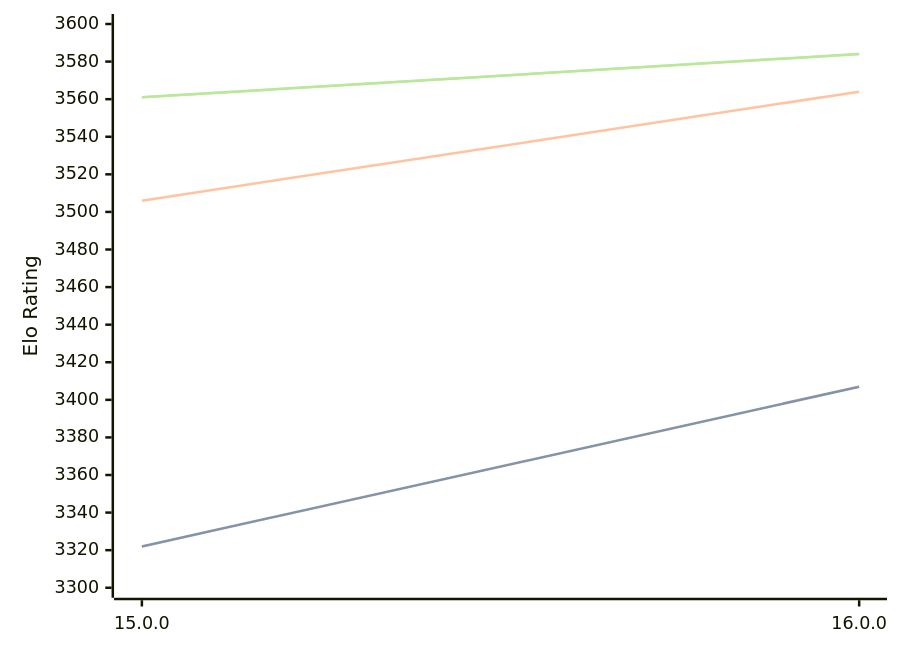
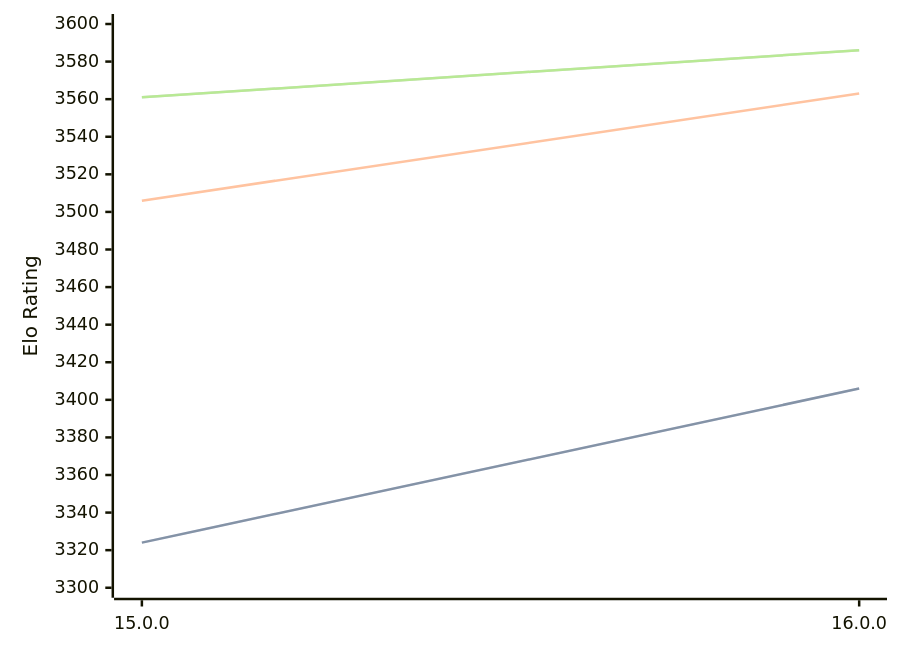
The diagram in engines/Halogen.md (computer-chess-index/cci), drawn with Mermaid before and after one commit. The commit also changed other lines of this file, not shown here.

Commit message:
Update CCI Ratings (ELO VLTC) - 2026-03-14

````diff
--- a/engines/Halogen.md
+++ b/engines/Halogen.md
@@ -48,11 +48,11 @@
 ```mermaid
 %%{init: {"theme":"base","themeVariables":{"seriesColors:['#a3a3a3','#222221','#faa371']}}}%%
 xychart-beta
   x-axis ["15.0.0", "16.0.0"]
   y-axis "Elo Rating" 3300 --> 3600
-  line "STC (8.0+0.08s)" [3322, 3407]
-  line "STC (8.0+0.08s)" [3322, 3407]
-  line "LTC (60.0+0.60s)" [3506, 3564]
-  line "VLTC (2m24s+1.12s)" [3561, 3584]
-  line "VLTC (2m24s+1.12s)" [3561, 3584]
+  line "STC (8.0+0.08s)" [3324, 3406]
+  line "STC (8.0+0.08s)" [3324, 3406]
+  line "LTC (60.0+0.60s)" [3506, 3563]
+  line "VLTC (2m24s+1.12s)" [3561, 3586]
+  line "VLTC (2m24s+1.12s)" [3561, 3586]
 ```
````
